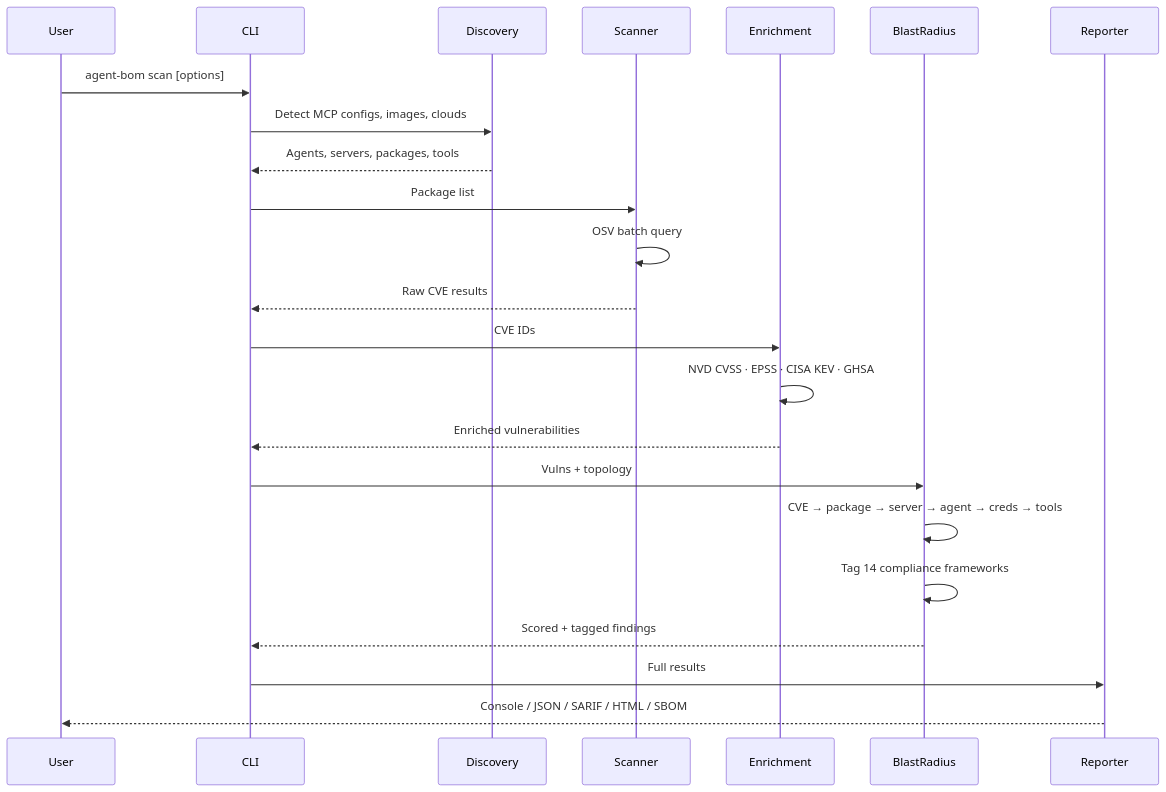
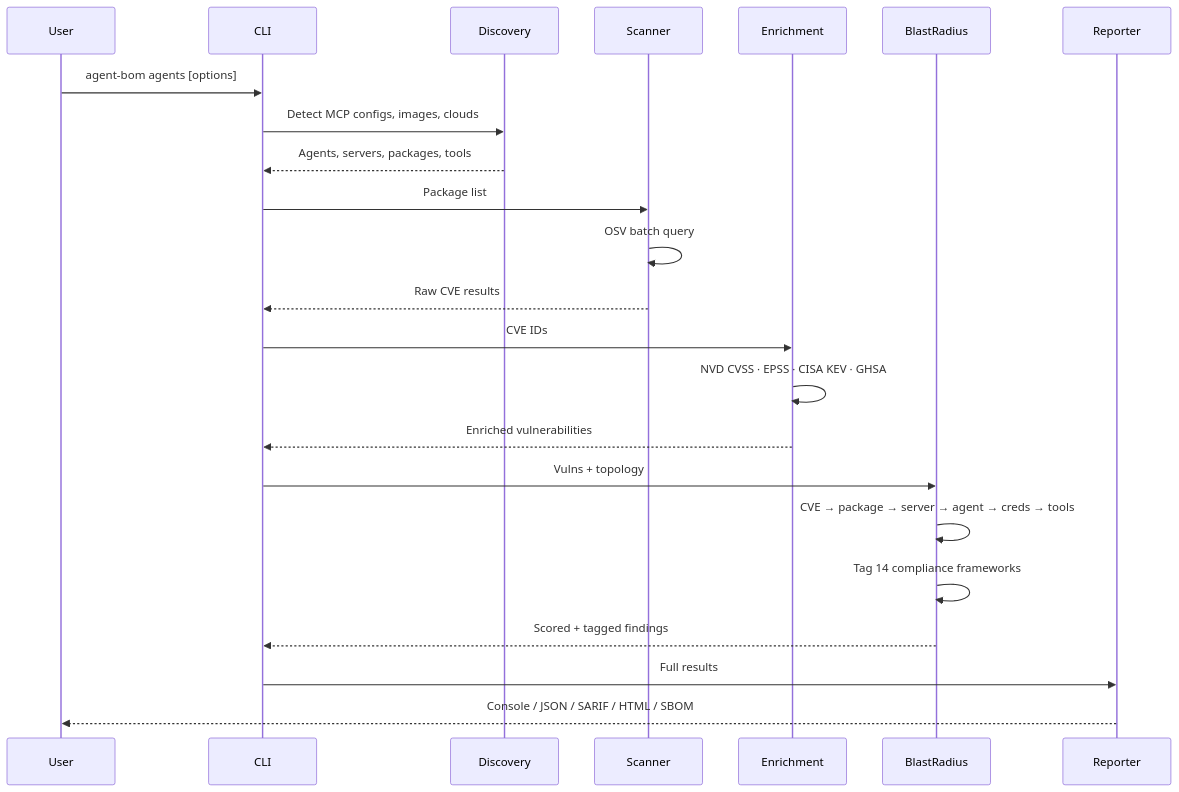
One commit to msaad00/agent-bom changed the second of 5 diagrams in docs/ARCHITECTURE.md. Above: the diagram before and after it, drawn with Mermaid. The commit also changed 13 other files, not shown here.

First line of the commit message:
docs: update all references from scan to agents command (#975)

````diff
--- a/docs/ARCHITECTURE.md
+++ b/docs/ARCHITECTURE.md
@@ -80,30 +80,30 @@
 ```mermaid
 sequenceDiagram
     participant User
     participant CLI
     participant Discovery
     participant Scanner
     participant Enrichment
     participant BlastRadius
     participant Reporter
 
-    User->>CLI: agent-bom scan [options]
+    User->>CLI: agent-bom agents [options]
     CLI->>Discovery: Detect MCP configs, images, clouds
     Discovery-->>CLI: Agents, servers, packages, tools
 
     CLI->>Scanner: Package list
     Scanner->>Scanner: OSV batch query
     Scanner-->>CLI: Raw CVE results
 
     CLI->>Enrichment: CVE IDs
     Enrichment->>Enrichment: NVD CVSS · EPSS · CISA KEV · GHSA
     Enrichment-->>CLI: Enriched vulnerabilities
 
     CLI->>BlastRadius: Vulns + topology
     BlastRadius->>BlastRadius: CVE → package → server → agent → creds → tools
     BlastRadius->>BlastRadius: Tag 14 compliance frameworks
     BlastRadius-->>CLI: Scored + tagged findings
 
     CLI->>Reporter: Full results
     Reporter-->>User: Console / JSON / SARIF / HTML / SBOM
 ```
````
